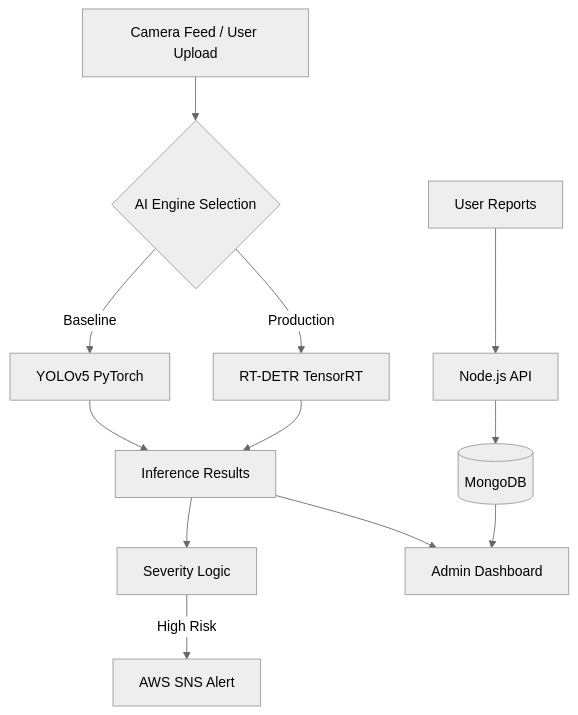
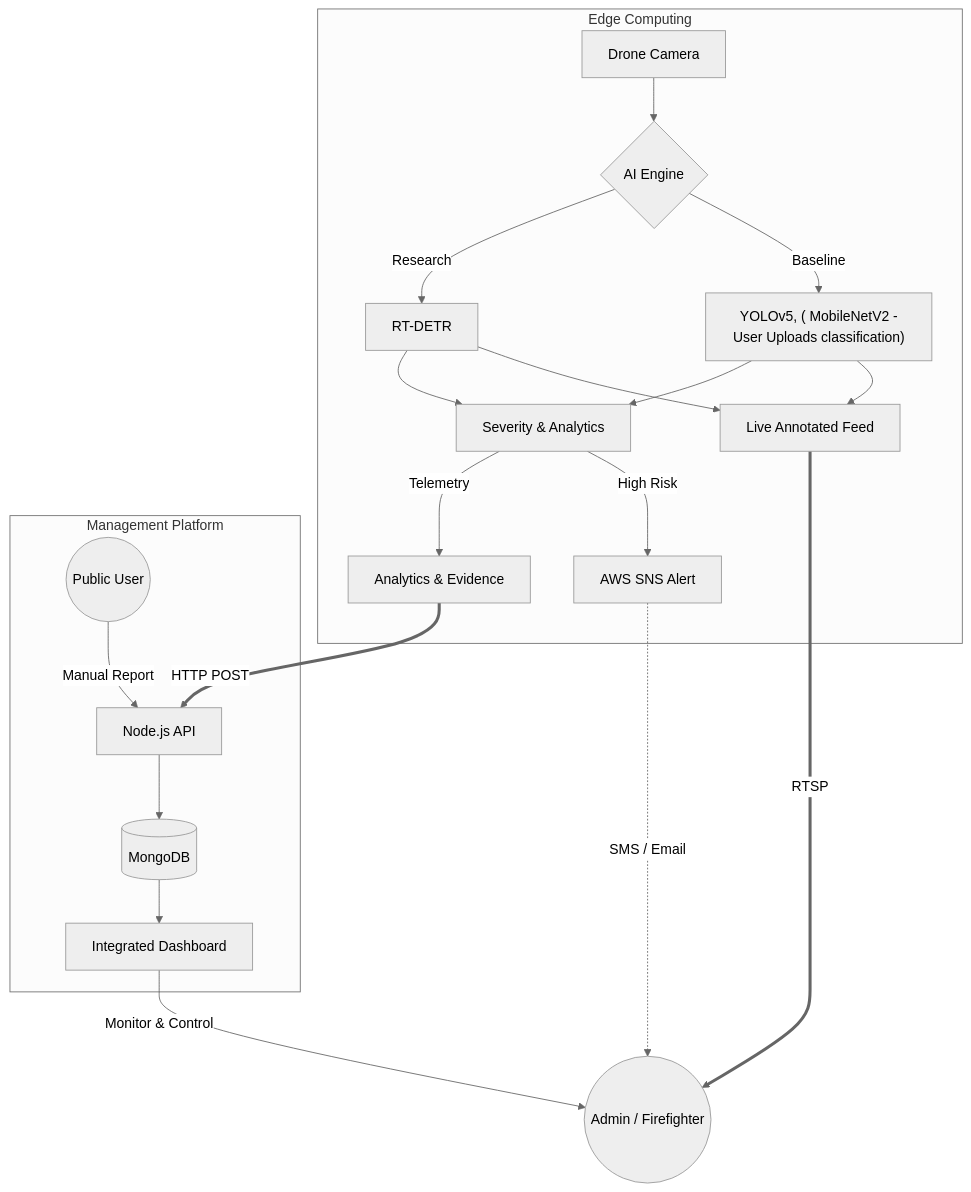
One commit to MohanKrishnaGR/Pyroo_hw changed the diagram in README.md. Above: the diagram before and after it, drawn with Mermaid (neutral theme). The commit also changed other lines of this file and 101 other files, not shown here.

````diff
--- a/README.md
+++ b/README.md
@@ -11,14 +12,30 @@
 ```mermaid
 graph TD
-    A[Camera Feed / User Upload] --> B{AI Engine Selection}
-    B -->|Baseline| C[YOLOv5 PyTorch]
-    B -->|Production| D[RT-DETR TensorRT]
-    C --> E[Inference Results]
-    D --> E
-    E --> F[Severity Logic]
-    F -->|High Risk| G[AWS SNS Alert]
-    E --> H[Admin Dashboard]
-    I[User Reports] --> J[Node.js API]
-    J --> K[(MongoDB)]
-    K --> H
+    %% Actors
+    User((Public User))
+    Admin((Admin / Firefighter))
+
+    %% Edge System (UAV / Fixed)
+    subgraph Edge ["Edge Computing"]
+        Source[Drone Camera] --> AI{AI Engine}
+        AI -->|Baseline| YOLO["YOLOv5, ( MobileNetV2 -User Uploads classification)"]
+        AI -->|Research| RT[RT-DETR]
+        YOLO & RT --> Stream[Live Annotated Feed]
+        YOLO & RT --> Logic[Severity & Analytics]
+        Logic -->|High Risk| SNS[AWS SNS Alert]
+        Logic -->|Telemetry| Data[Analytics & Evidence]
+    end
+
+    %% Cloud Infrastructure
+    subgraph Cloud ["Management Platform"]
+        Data ==>|HTTP POST| API[Node.js API]
+        User -->|Manual Report| API
+        API --> DB[(MongoDB)]
+        DB --> Dash[Integrated Dashboard]
+    end
+
+    %% Integrated Communications
+    SNS -.->|SMS / Email| Admin
+    Stream ==>|RTSP| Admin
+    Dash -->|Monitor & Control| Admin
 ```
````
